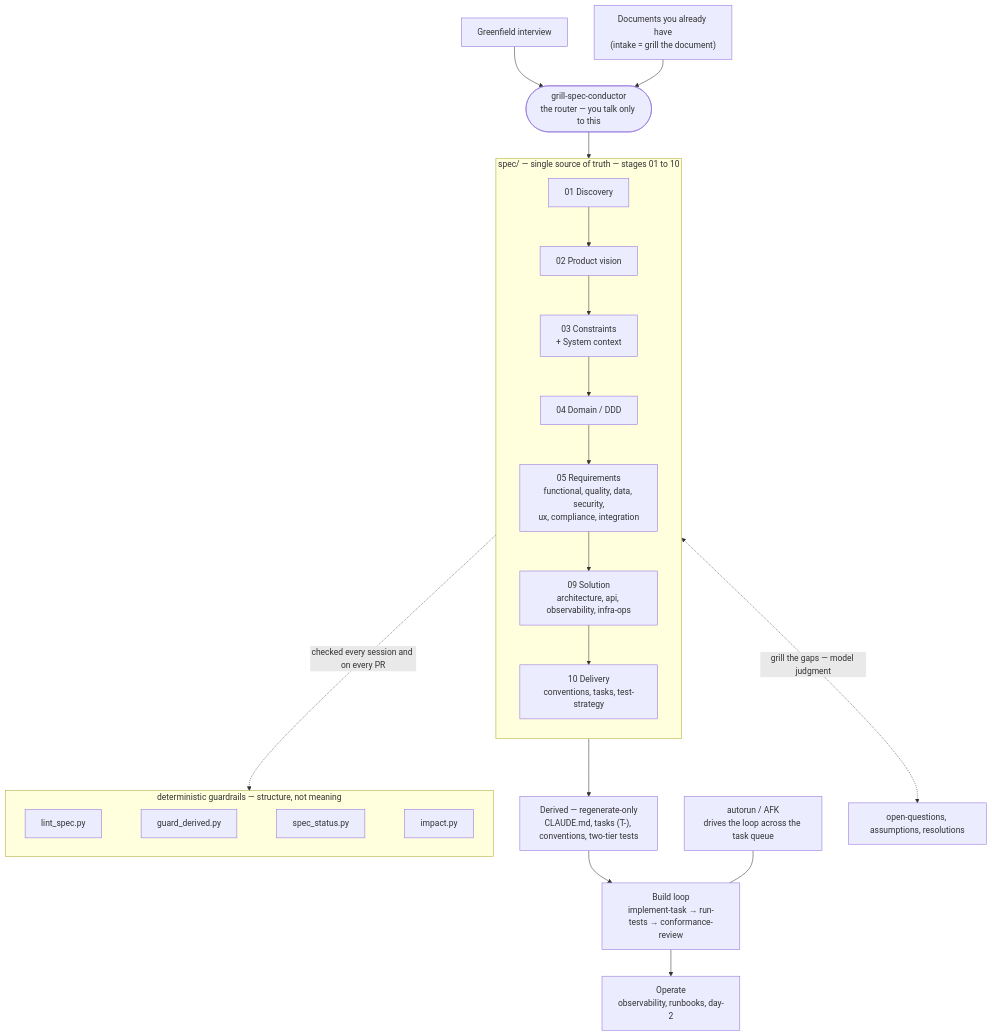
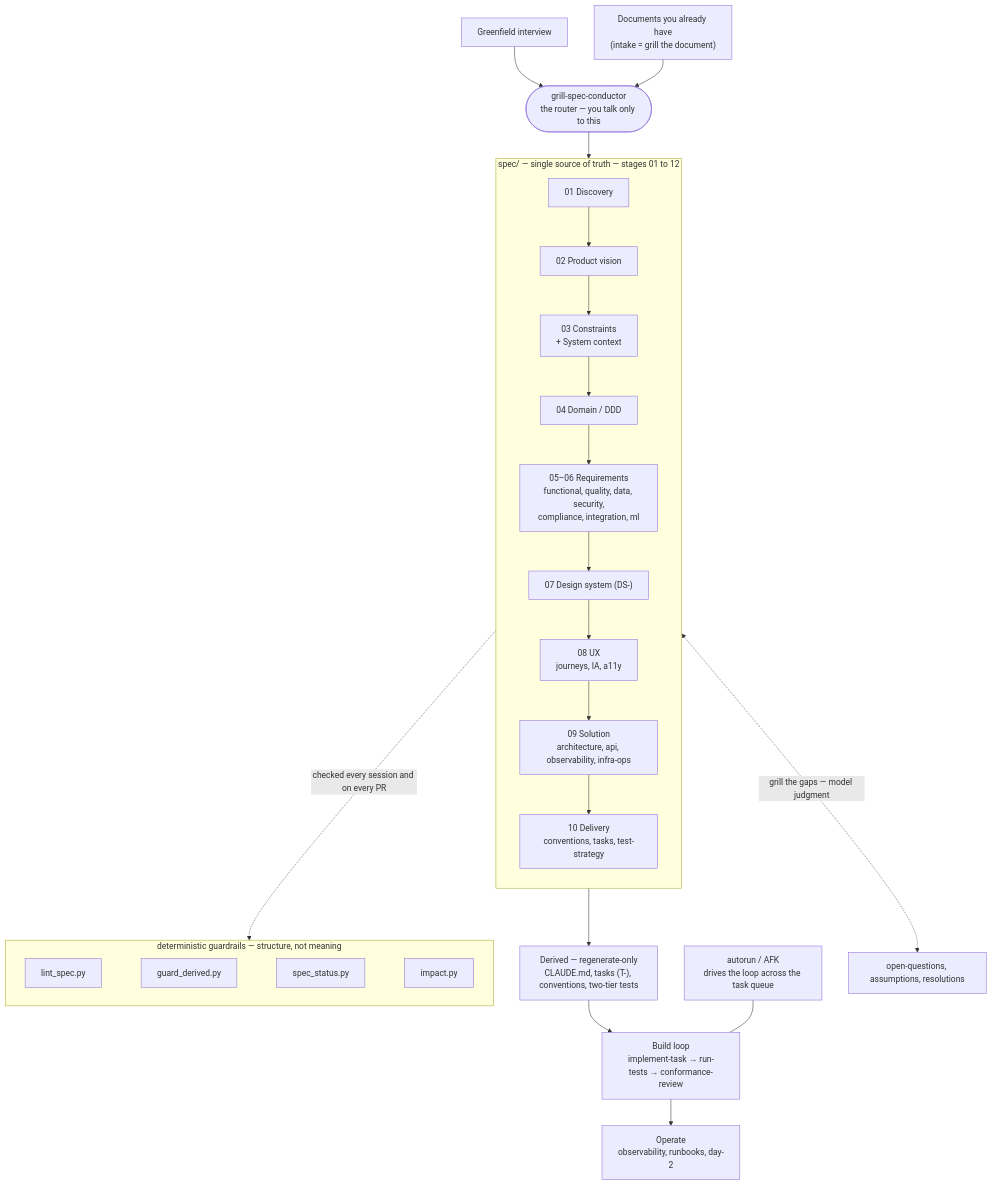
One commit to ivanmrva/grillspec changed the diagram in plugin/docs/HOW-IT-WORKS.md. Above: the diagram before and after it, drawn with Mermaid. The commit also changed other lines of this file and 35 other files, not shown here.

````diff
--- a/plugin/docs/HOW-IT-WORKS.md
+++ b/plugin/docs/HOW-IT-WORKS.md
@@ -15,35 +15,36 @@
 ```mermaid
 flowchart TB
   I1["Greenfield interview"]
   I2["Documents you already have<br/>(intake = grill the document)"]
   C(["grill-spec-conductor<br/>the router — you talk only to this"])
   I1 --> C
   I2 --> C
 
-  subgraph PIPE["spec/ — single source of truth — stages 01 to 10"]
+  subgraph PIPE["spec/ — single source of truth — stages 01 to 12"]
     direction TB
     P1["01 Discovery"] --> P2["02 Product vision"] --> PF["03 Constraints<br/>+ System context"] --> P3["04 Domain / DDD"]
-    P3 --> P4["05 Requirements<br/>functional, quality, data, security,<br/>ux, compliance, integration"]
-    P4 --> P5["09 Solution<br/>architecture, api, observability, infra-ops"]
+    P3 --> P4["05–06 Requirements<br/>functional, quality, data, security,<br/>compliance, integration, ml"]
+    P4 --> P4a["07 Design system (DS-)"] --> P4b["08 UX<br/>journeys, IA, a11y"]
+    P4b --> P5["09 Solution<br/>architecture, api, observability, infra-ops"]
     P5 --> P6["10 Delivery<br/>conventions, tasks, test-strategy"]
   end
   C --> PIPE
 
   P6 --> D["Derived — regenerate-only<br/>CLAUDE.md, tasks (T-), conventions, two-tier tests"]
   D --> B["Build loop<br/>implement-task → run-tests → conformance-review"]
   AF["autorun / AFK<br/>drives the loop across the task queue"] --- B
   B --> OPS["Operate<br/>observability, runbooks, day-2"]
 
   G1["lint_spec.py"]
   G2["guard_derived.py"]
   G3["spec_status.py"]
   G4["impact.py"]
   subgraph GUARD["deterministic guardrails — structure, not meaning"]
     direction LR
     G1 ~~~ G2 ~~~ G3 ~~~ G4
   end
   PIPE -. "checked every session and on every PR" .-> GUARD
 
   Q["open-questions, assumptions, resolutions"]
   PIPE <-. "grill the gaps — model judgment" .-> Q
 ```
````
